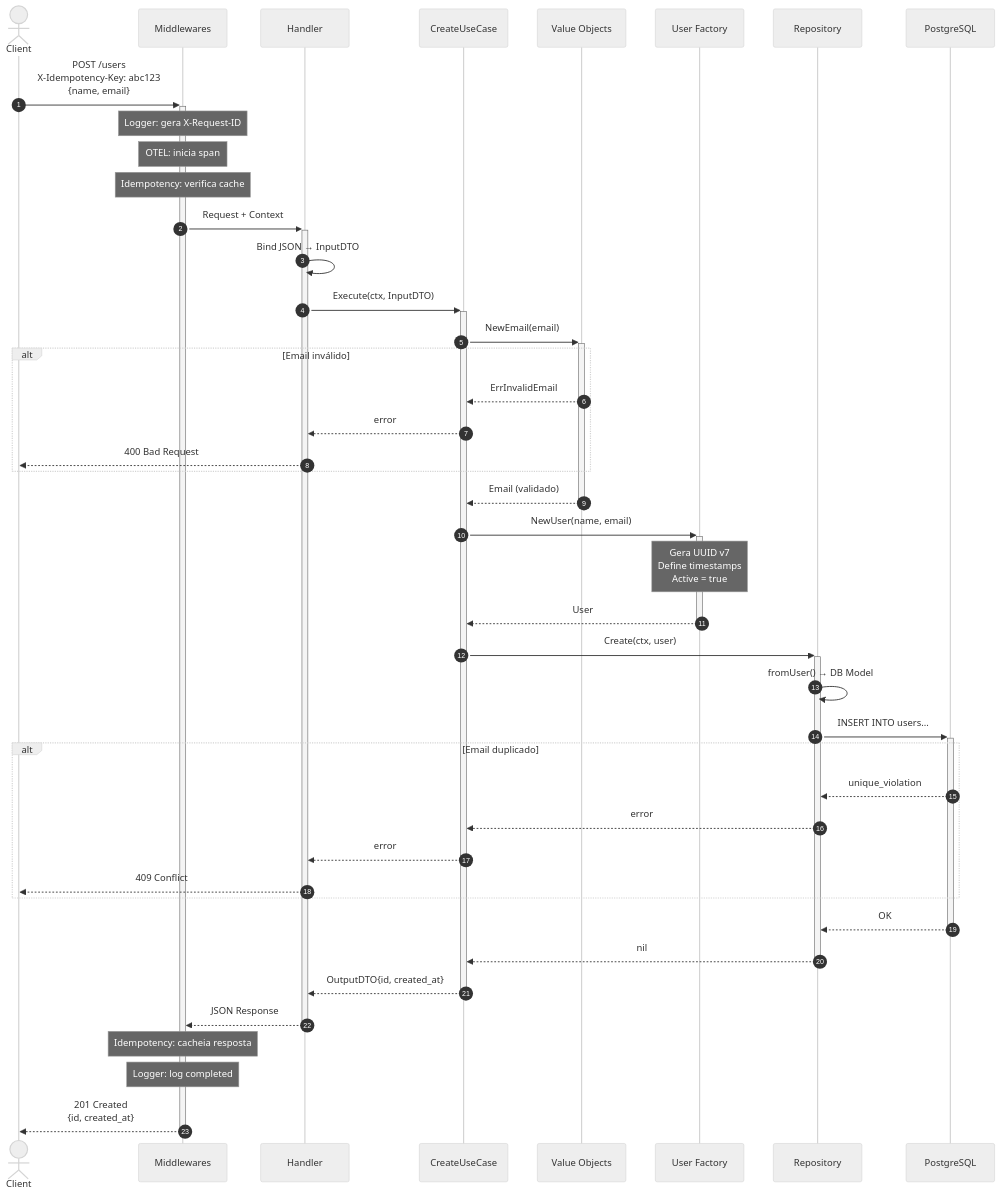
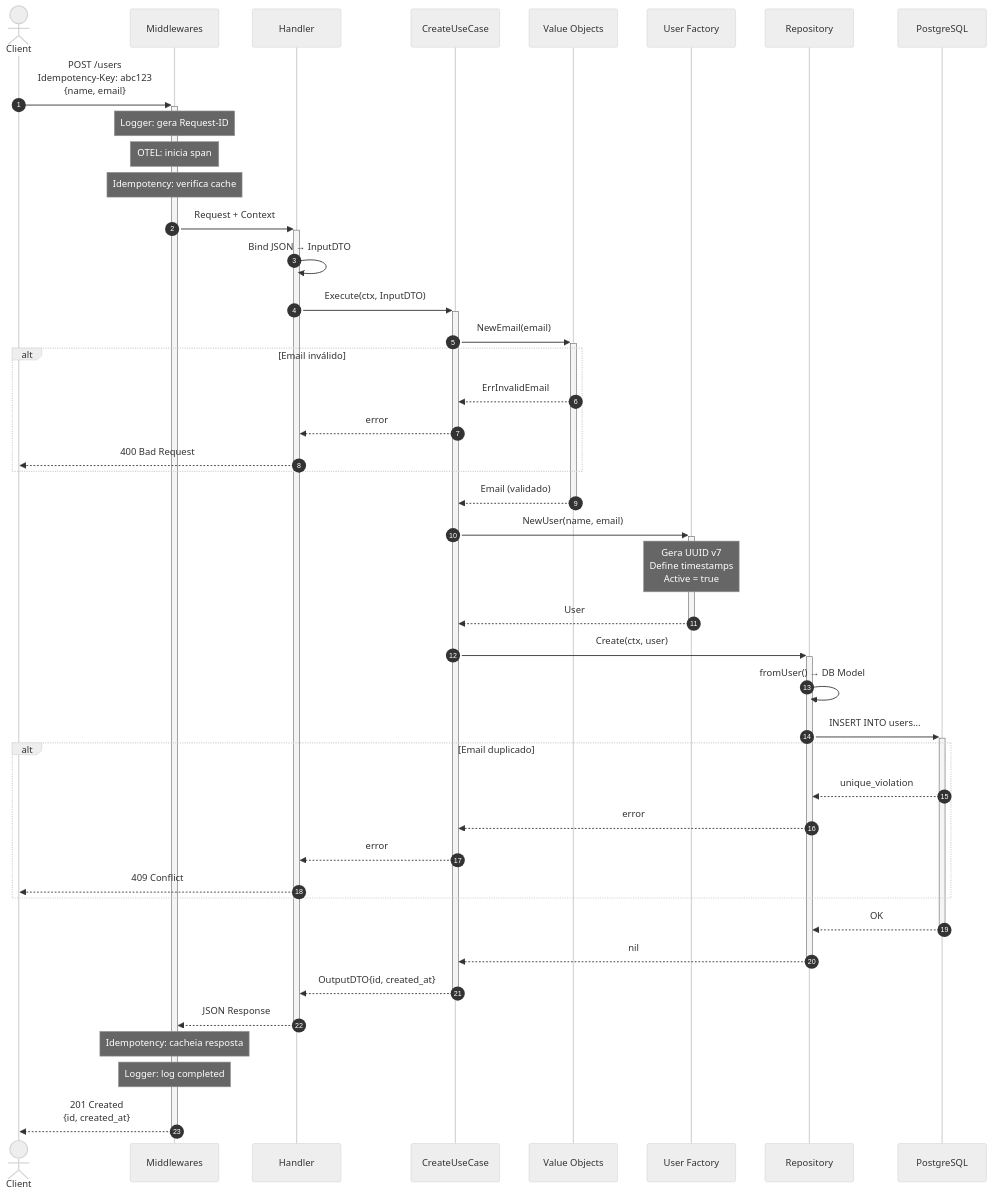
The third of 8 diagrams in docs/guides/architecture.md (DenysonJ/financial-wallet), drawn with Mermaid (neutral theme) before and after one commit. The commit also changed 74 other files, not shown here.

````diff
--- a/docs/guides/architecture.md
+++ b/docs/guides/architecture.md
@@ -138,55 +138,55 @@
 ```mermaid
 sequenceDiagram
     autonumber
     actor Client
     participant MW as Middlewares
     participant H as Handler
     participant UC as CreateUseCase
     participant VO as Value Objects
     participant E as User Factory
     participant R as Repository
     participant DB as PostgreSQL
 
-    Client->>+MW: POST /users<br/>X-Idempotency-Key: abc123<br/>{name, email}
+    Client->>+MW: POST /users<br/>Idempotency-Key: abc123<br/>{name, email}
     
-    Note over MW: Logger: gera X-Request-ID
+    Note over MW: Logger: gera Request-ID
     Note over MW: OTEL: inicia span
     Note over MW: Idempotency: verifica cache
     
     MW->>+H: Request + Context
 
     H->>H: Bind JSON → InputDTO
     H->>+UC: Execute(ctx, InputDTO)
 
     UC->>+VO: NewEmail(email)
     alt Email inválido
         VO-->>UC: ErrInvalidEmail
         UC-->>H: error
         H-->>Client: 400 Bad Request
     end
     VO-->>-UC: Email (validado)
 
     UC->>+E: NewUser(name, email)
     Note over E: Gera UUID v7<br/>Define timestamps<br/>Active = true
     E-->>-UC: User
 
     UC->>+R: Create(ctx, user)
     R->>R: fromUser() → DB Model
     R->>+DB: INSERT INTO users...
     alt Email duplicado
         DB-->>R: unique_violation
         R-->>UC: error
         UC-->>H: error
         H-->>Client: 409 Conflict
     end
     DB-->>-R: OK
     R-->>-UC: nil
 
     UC-->>-H: OutputDTO{id, created_at}
     H-->>-MW: JSON Response
 
     Note over MW: Idempotency: cacheia resposta
     Note over MW: Logger: log completed
 
     MW-->>-Client: 201 Created<br/>{id, created_at}
 ```
````
